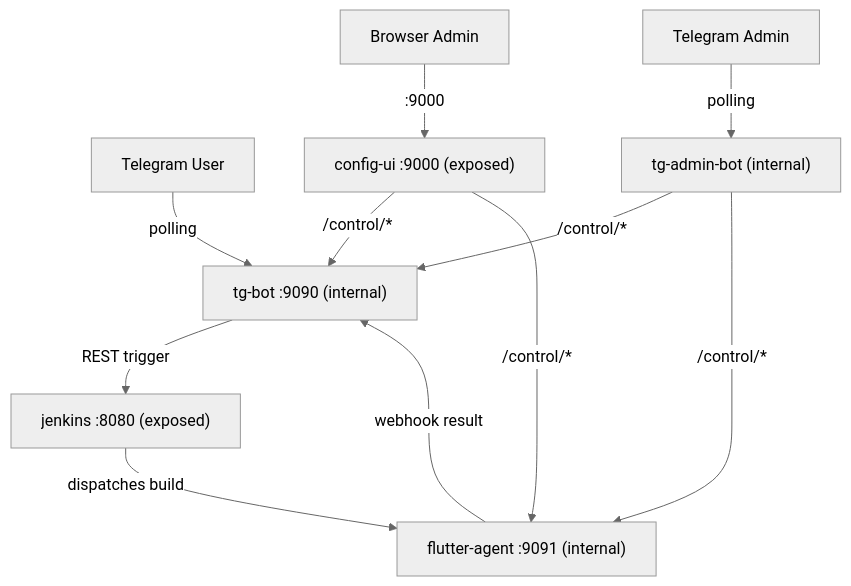
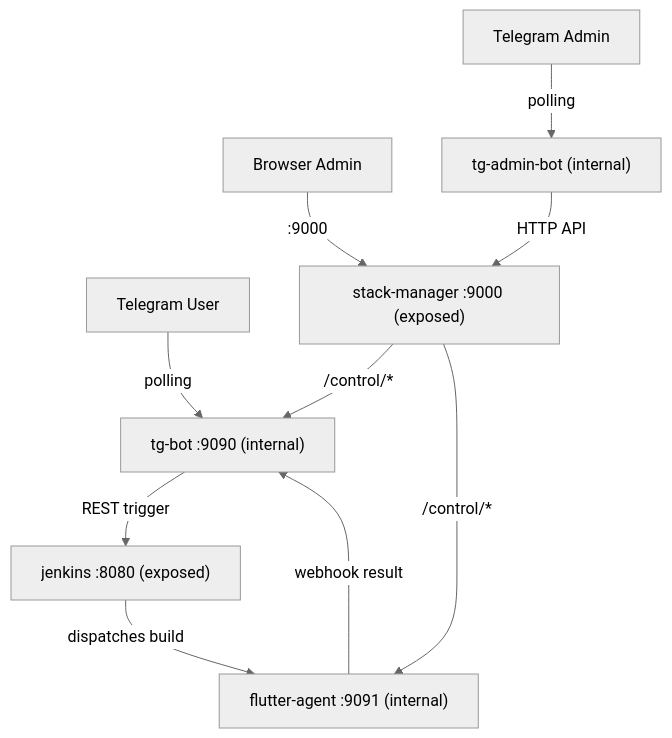
The diagram in .agents/rules/general-guide.md (VinhNgT/jenkins-flutter-bot), drawn with Mermaid (neutral theme) before and after one commit. The commit also changed other lines of this file and 80 other files, not shown here.

Commit message:
refactor: promote stack-manager to a full app and absorb config-ui

````diff
--- a/.agents/rules/general-guide.md
+++ b/.agents/rules/general-guide.md
@@ -59,15 +58,14 @@
 ```mermaid
 graph TD
     TU["Telegram User"] -- polling --> BOT["tg-bot :9090 (internal)"]
-    BA["Browser Admin"] -- ":9000" --> CUI["config-ui :9000 (exposed)"]
+    BA["Browser Admin"] -- ":9000" --> SM["stack-manager :9000 (exposed)"]
     TA["Telegram Admin"] -- polling --> TAB["tg-admin-bot (internal)"]
 
-    CUI -- "/control/*" --> BOT
-    CUI -- "/control/*" --> AGT["flutter-agent :9091 (internal)"]
-    TAB -- "/control/*" --> BOT
-    TAB -- "/control/*" --> AGT
+    SM -- "/control/*" --> BOT
+    SM -- "/control/*" --> AGT["flutter-agent :9091 (internal)"]
+    TAB -- "HTTP API" --> SM
 
     BOT -- "REST trigger" --> JNK["jenkins :8080 (exposed)"]
     JNK -- "dispatches build" --> AGT
     AGT -- "webhook result" --> BOT
 ```
````
